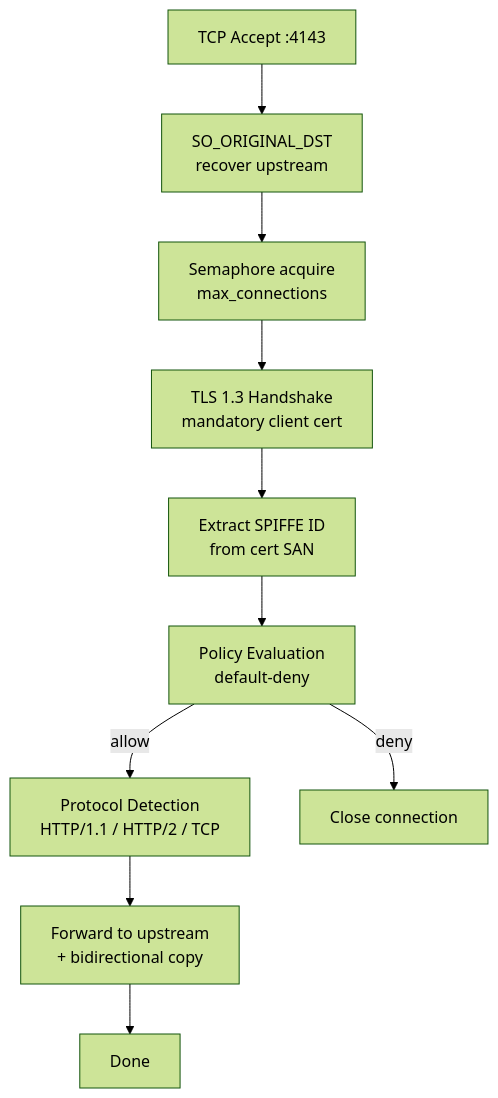
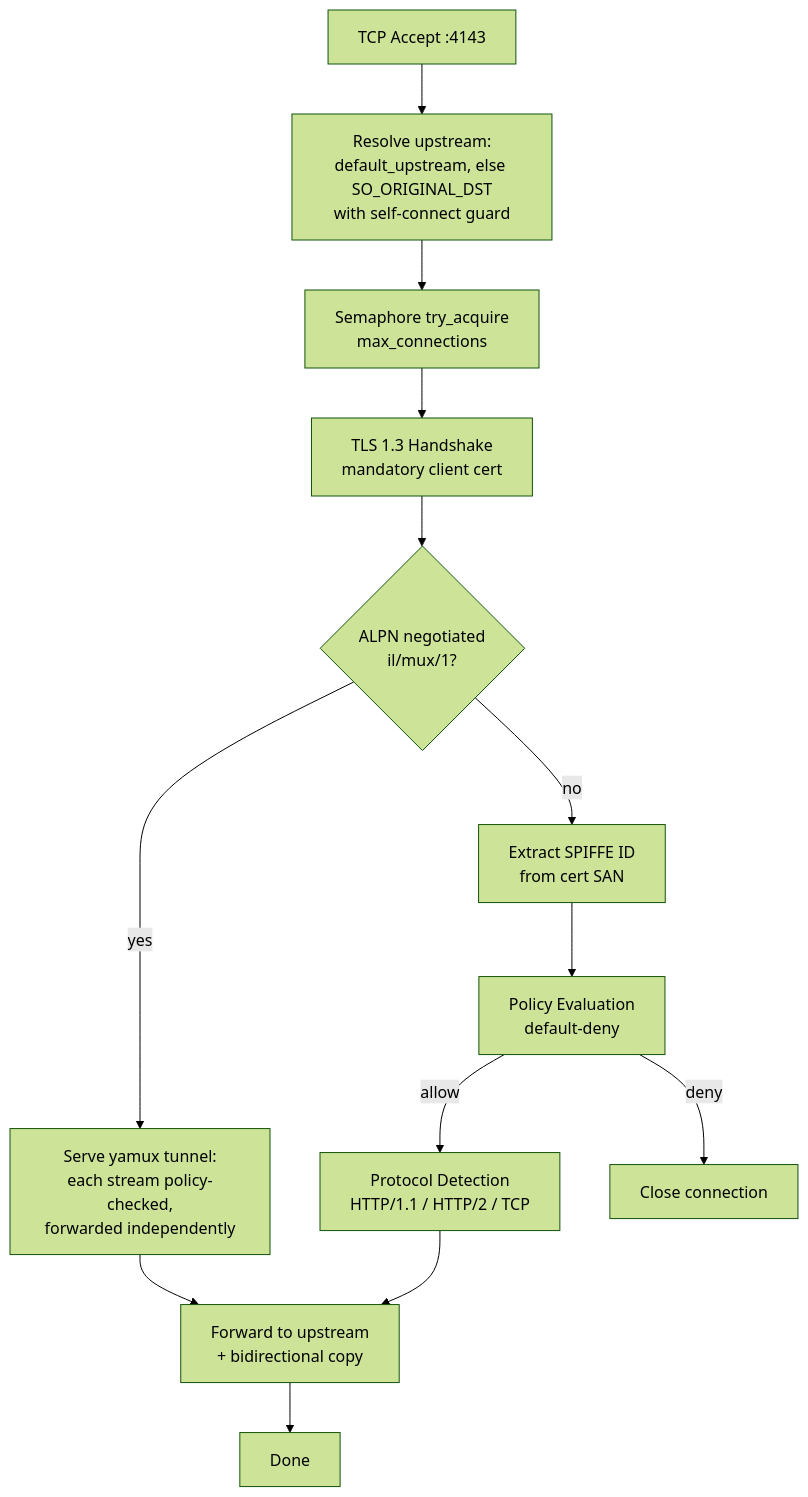
The second of 3 diagrams in docs/architecture/overview.md (alexandernicholson/interlink), drawn with Mermaid (forest theme) before and after one commit. The commit also changed other lines of this file and 6 other files, not shown here.

First line of the commit message:
docs: sync all docs and diagrams with sidecar model, mux pool, and verified memory root cause

````diff
--- a/docs/architecture/overview.md
+++ b/docs/architecture/overview.md
@@ -31,12 +30,15 @@
 ```mermaid
 flowchart TD
-    ACC[TCP Accept :4143] --> SO[SO_ORIGINAL_DST<br/>recover upstream]
-    SO --> SEM[Semaphore acquire<br/>max_connections]
+    ACC[TCP Accept :4143] --> UP[Resolve upstream:<br/>default_upstream, else SO_ORIGINAL_DST<br/>with self-connect guard]
+    UP --> SEM[Semaphore try_acquire<br/>max_connections]
     SEM --> TLS[TLS 1.3 Handshake<br/>mandatory client cert]
-    TLS --> ID[Extract SPIFFE ID<br/>from cert SAN]
+    TLS --> ALPN{ALPN negotiated<br/>il/mux/1?}
+    ALPN -->|yes| MUXS[Serve yamux tunnel:<br/>each stream policy-checked,<br/>forwarded independently]
+    ALPN -->|no| ID[Extract SPIFFE ID<br/>from cert SAN]
     ID --> POL[Policy Evaluation<br/>default-deny]
     POL -->|allow| PROTO[Protocol Detection<br/>HTTP/1.1 / HTTP/2 / TCP]
     POL -->|deny| CLOSE[Close connection]
     PROTO --> FWD[Forward to upstream<br/>+ bidirectional copy]
+    MUXS --> FWD
     FWD --> DONE[Done]
 ```
````
